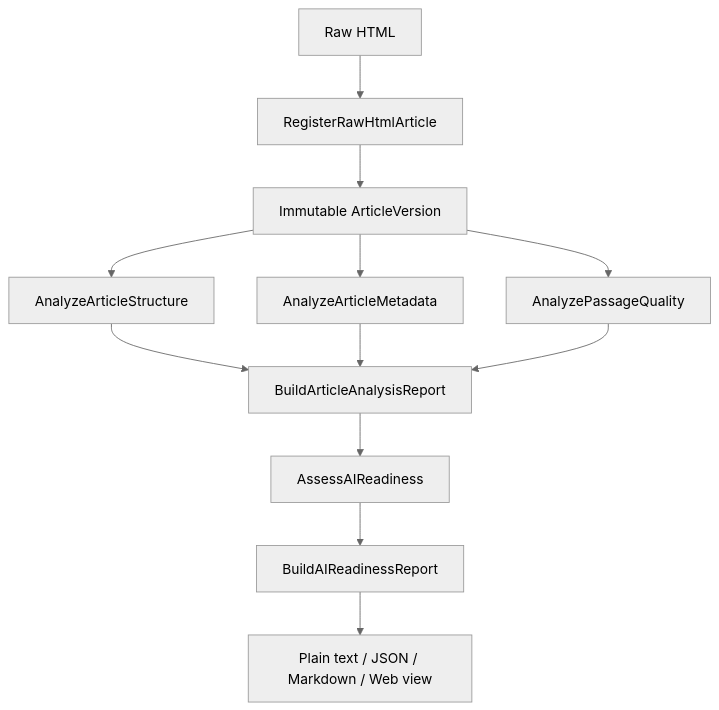
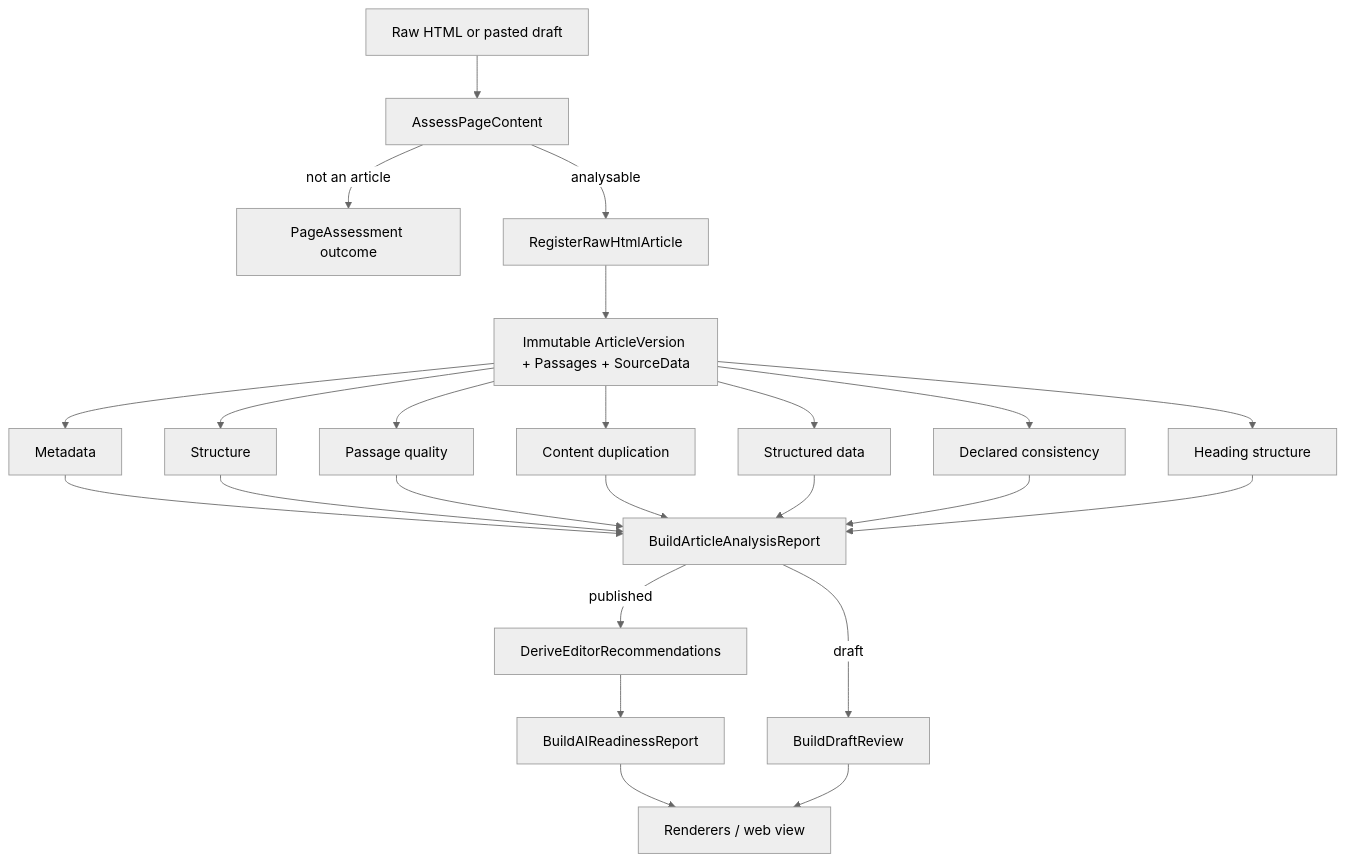
The diagram in docs/architecture.md (huzeyfehakan/aether), drawn with Mermaid (neutral theme) before and after one commit. The commit also changed other lines of this file and 15 other files, not shown here.

````diff
--- a/docs/architecture.md
+++ b/docs/architecture.md
@@ -88,14 +151,20 @@
 ```mermaid
 flowchart TD
-    HTML[Raw HTML] --> REG[RegisterRawHtmlArticle]
-    REG --> AV[Immutable ArticleVersion]
-    AV --> S[AnalyzeArticleStructure]
-    AV --> M[AnalyzeArticleMetadata]
-    AV --> Q[AnalyzePassageQuality]
-    S --> AR[BuildArticleAnalysisReport]
-    M --> AR
-    Q --> AR
-    AR --> AS[AssessAIReadiness]
-    AS --> RR[BuildAIReadinessReport]
-    RR --> R[Plain text / JSON / Markdown / Web view]
+    HTML[Raw HTML or pasted draft] --> ASSESS[AssessPageContent]
+    ASSESS -->|not an article| OUT[PageAssessment outcome]
+    ASSESS -->|analysable| REG[RegisterRawHtmlArticle]
+    REG --> AV[Immutable ArticleVersion + Passages + SourceData]
+    AV --> M[Metadata]
+    AV --> S[Structure]
+    AV --> Q[Passage quality]
+    AV --> D[Content duplication]
+    AV --> SD[Structured data]
+    AV --> DC[Declared consistency]
+    AV --> H[Heading structure]
+    M & S & Q & D & SD & DC & H --> AR[BuildArticleAnalysisReport]
+    AR -->|published| REC[DeriveEditorRecommendations]
+    AR -->|draft| DR[BuildDraftReview]
+    REC --> RR[BuildAIReadinessReport]
+    RR --> R[Renderers / web view]
+    DR --> R
 ```
````
